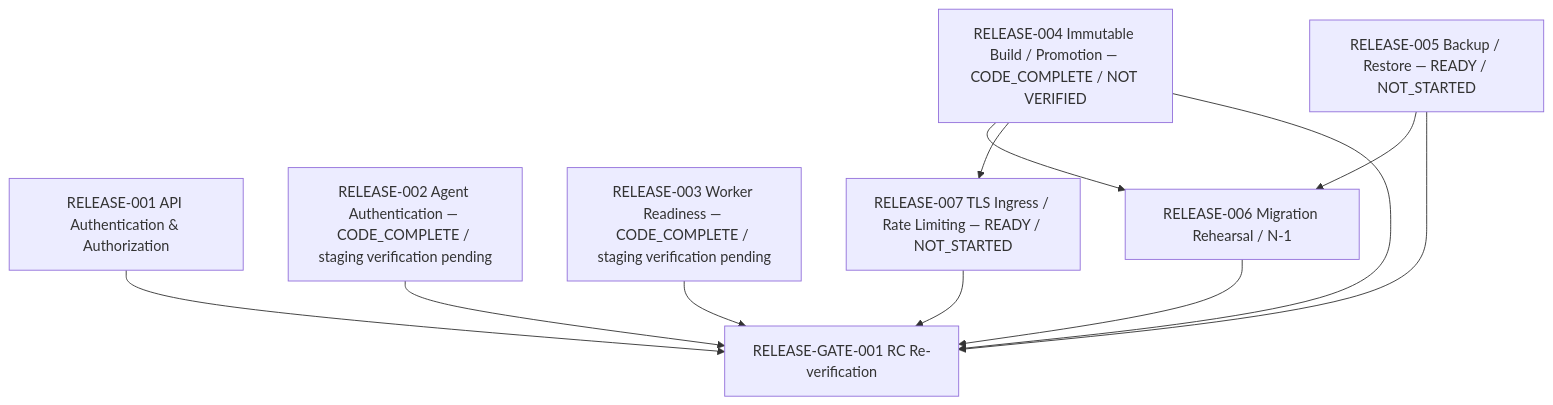
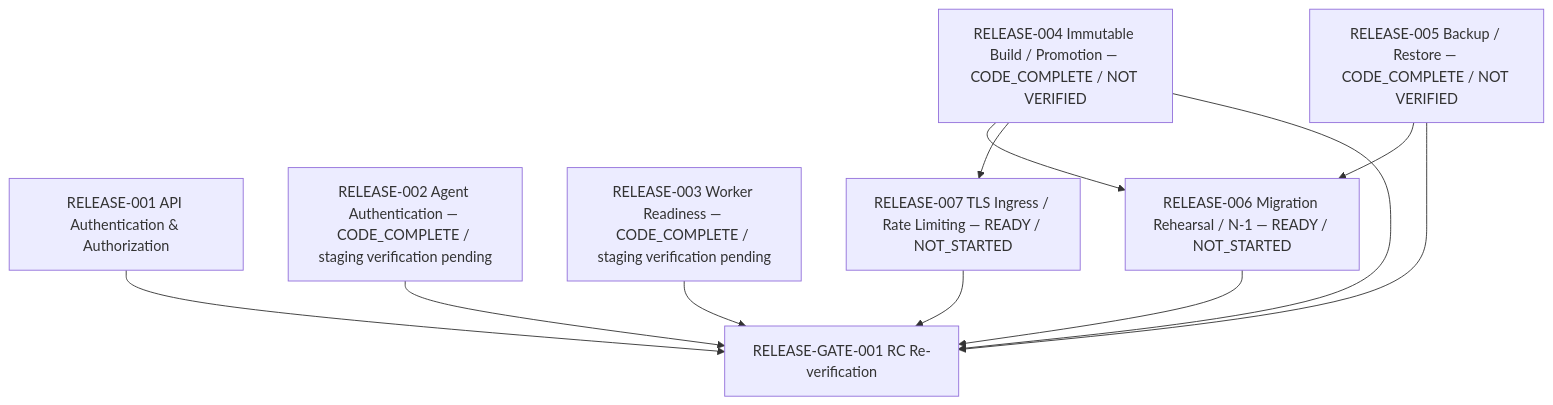
Before and after one commit to duclee9x/itcenter: the diagram in docs/release/RELEASE_DEPENDENCY_GRAPH.md, drawn with Mermaid. The commit also changed other lines of this file and 25 other files, not shown here.

Commit message:
Implement RELEASE-005 backup restore recovery

````diff
--- a/docs/release/RELEASE_DEPENDENCY_GRAPH.md
+++ b/docs/release/RELEASE_DEPENDENCY_GRAPH.md
@@ -6,23 +6,23 @@
 ```mermaid
 flowchart TD
   R001[RELEASE-001 API Authentication & Authorization]
   R002[RELEASE-002 Agent Authentication — CODE_COMPLETE / staging verification pending]
   R003[RELEASE-003 Worker Readiness — CODE_COMPLETE / staging verification pending]
   R004[RELEASE-004 Immutable Build / Promotion — CODE_COMPLETE / NOT VERIFIED]
-  R005[RELEASE-005 Backup / Restore — READY / NOT_STARTED]
-  R006[RELEASE-006 Migration Rehearsal / N-1]
+  R005[RELEASE-005 Backup / Restore — CODE_COMPLETE / NOT VERIFIED]
+  R006[RELEASE-006 Migration Rehearsal / N-1 — READY / NOT_STARTED]
   R007[RELEASE-007 TLS Ingress / Rate Limiting — READY / NOT_STARTED]
   G001[RELEASE-GATE-001 RC Re-verification]
 
   R004 --> R006
   R005 --> R006
   R004 --> R007
 
   R001 --> G001
   R002 --> G001
   R003 --> G001
   R004 --> G001
   R005 --> G001
   R006 --> G001
   R007 --> G001
 ```
````
